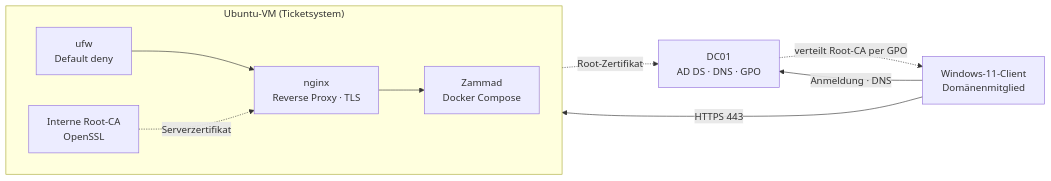
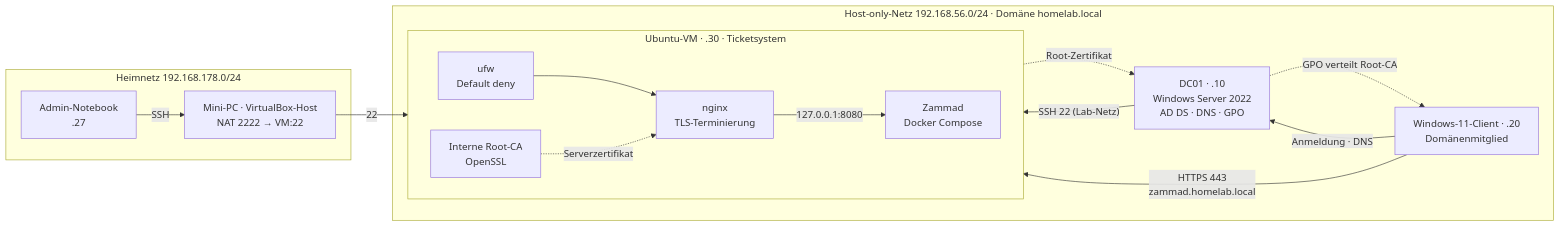
Before and after one commit to DFelux/it-infrastructure-lab: the diagram in README.md, drawn with Mermaid. The commit also changed other lines of this file, not shown here.

Commit message:
README: Architektur als ein Mermaid-Diagramm mit Netzen, IPs und Freigaben
Claude-Session: https://claude.ai/code/session_014m61PJcu4rgv7xQcQA2DYG

````diff
--- a/README.md
+++ b/README.md
@@ -37,15 +34,25 @@
 ```mermaid
 flowchart LR
-    Client["Windows-11-Client<br/>Domänenmitglied"]
-    DC["DC01<br/>AD DS · DNS · GPO"]
-    subgraph VM["Ubuntu-VM (Ticketsystem)"]
-        direction LR
-        FW["ufw<br/>Default deny"] --> Proxy["nginx<br/>Reverse Proxy · TLS"] --> Zammad["Zammad<br/>Docker Compose"]
-        CA["Interne Root-CA<br/>OpenSSL"]
+    subgraph HOME["Heimnetz 192.168.178.0/24"]
+        NB["Admin-Notebook<br/>.27"]
+        HOST["Mini-PC · VirtualBox-Host<br/>NAT 2222 → VM:22"]
     end
-    Client -- "Anmeldung · DNS" --> DC
-    Client -- "HTTPS 443" --> FW
-    CA -. "Serverzertifikat" .-> Proxy
+
+    subgraph LAB["Host-only-Netz 192.168.56.0/24 · Domäne homelab.local"]
+        DC["DC01 · .10<br/>Windows Server 2022<br/>AD DS · DNS · GPO"]
+        CL["Windows-11-Client · .20<br/>Domänenmitglied"]
+        subgraph VM["Ubuntu-VM · .30 · Ticketsystem"]
+            direction LR
+            FW["ufw<br/>Default deny"] --> NG["nginx<br/>TLS-Terminierung"] -- "127.0.0.1:8080" --> ZM["Zammad<br/>Docker Compose"]
+            CA["Interne Root-CA<br/>OpenSSL"]
+        end
+    end
+
+    CL -- "Anmeldung · DNS" --> DC
+    CL -- "HTTPS 443<br/>zammad.homelab.local" --> FW
+    DC -- "SSH 22 (Lab-Netz)" --> FW
+    NB -- "SSH" --> HOST -- "22" --> FW
+    CA -. "Serverzertifikat" .-> NG
     CA -. "Root-Zertifikat" .-> DC
-    DC -. "verteilt Root-CA per GPO" .-> Client
+    DC -. "GPO verteilt Root-CA" .-> CL
 ```
````
